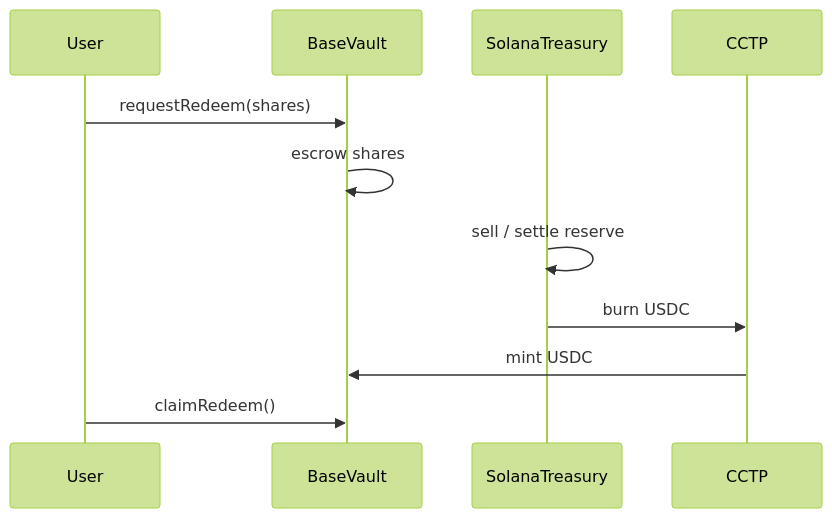
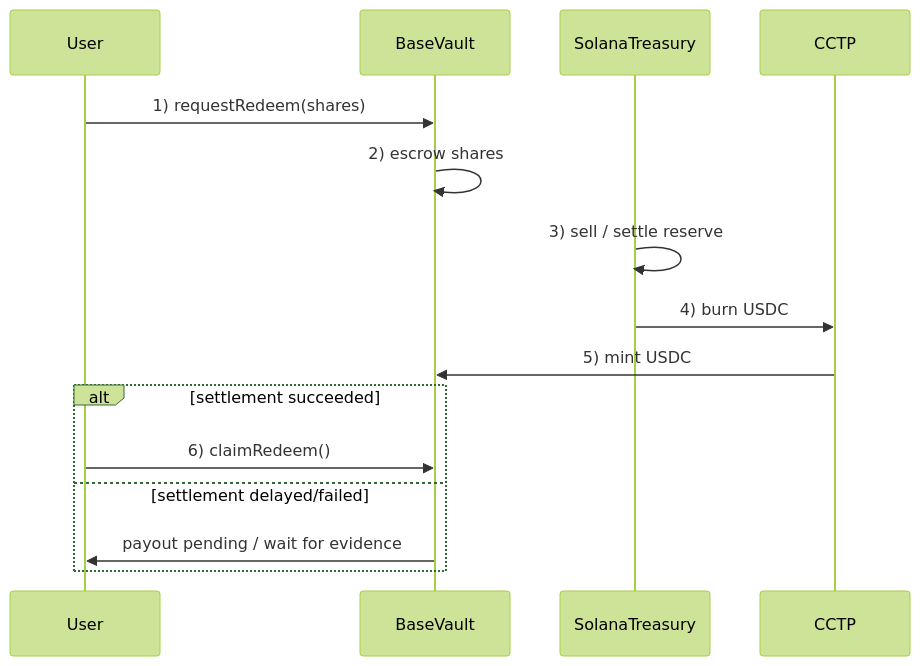
Before and after one commit to Ham3798/OmniETF: the third of 3 diagrams in slides.md, drawn with Mermaid (forest theme). The commit also changed other lines of this file, not shown here.

````diff
--- a/slides.md
+++ b/slides.md
@@ -423,13 +455,17 @@
 ```mermaid
 sequenceDiagram
   participant User
   participant BaseVault
   participant SolanaTreasury
   participant CCTP
-  User->>BaseVault: requestRedeem(shares)
-  BaseVault->>BaseVault: escrow shares
-  SolanaTreasury->>SolanaTreasury: sell / settle reserve
-  SolanaTreasury->>CCTP: burn USDC
-  CCTP->>BaseVault: mint USDC
-  User->>BaseVault: claimRedeem()
+  User->>BaseVault: 1) requestRedeem(shares)
+  BaseVault->>BaseVault: 2) escrow shares
+  SolanaTreasury->>SolanaTreasury: 3) sell / settle reserve
+  SolanaTreasury->>CCTP: 4) burn USDC
+  CCTP->>BaseVault: 5) mint USDC
+  alt settlement succeeded
+    User->>BaseVault: 6) claimRedeem()
+  else settlement delayed/failed
+    BaseVault->>User: payout pending / wait for evidence
+  end
 ```
````
